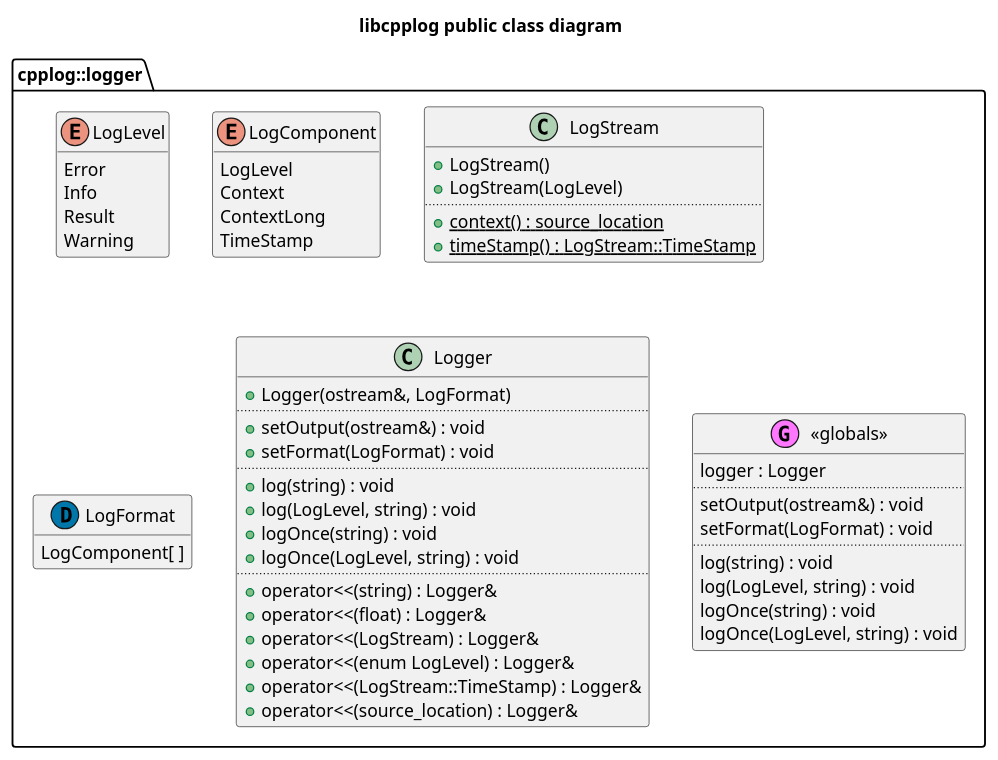
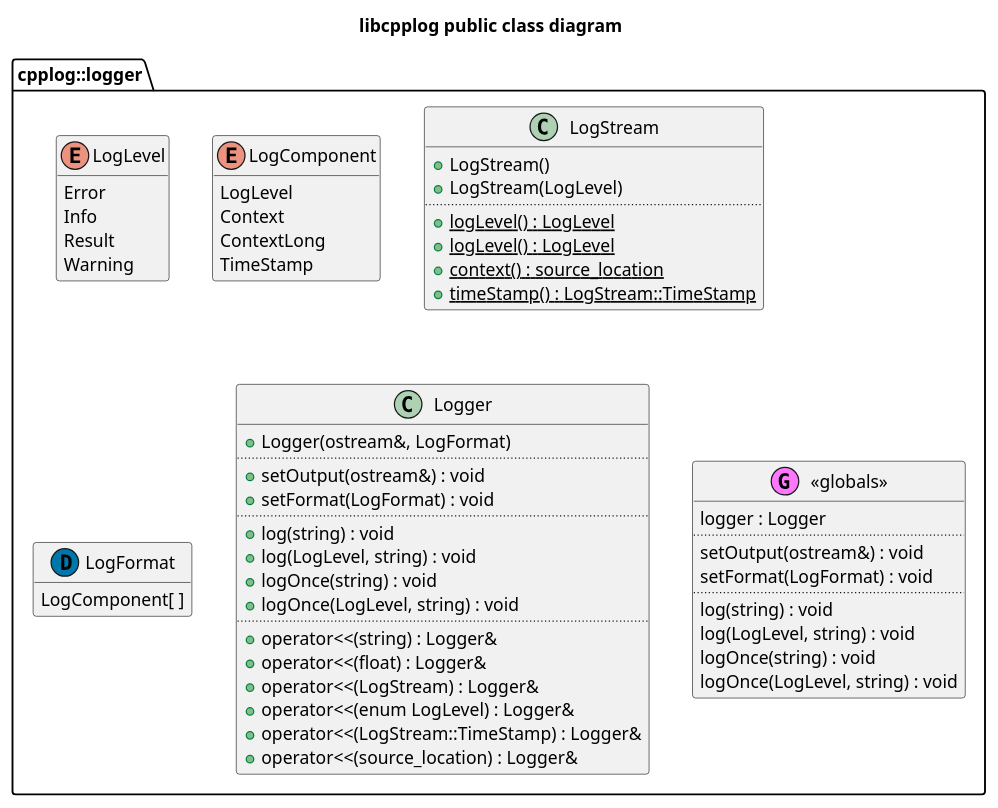
The diagram in libcpplog/doc/class.puml (kfpgk/libcpplog), drawn with PlantUML before and after one commit. The commit also changed 6 other files, not shown here.

Commit message:
LogStream: Add static logLevel() method to allow usage that is consistent to context() and timeStamp()

```diff
--- a/libcpplog/doc/class.puml
+++ b/libcpplog/doc/class.puml
@@ -1,68 +1,70 @@
 @startuml class-diagram
 
 title libcpplog public class diagram
 
 package cpplog::logger {
 
     enum LogLevel {
         Error
         Info
         Result
         Warning
     }
     hide LogLevel methods
 
     enum LogComponent {
         LogLevel
         Context
         ContextLong
         TimeStamp
     }
     hide LogComponent methods
 
     class LogStream {
         + LogStream()
         + LogStream(LogLevel)
         ..
+        + {static} logLevel() : LogLevel
+        + {static} logLevel() : LogLevel
         + {static} context() : source_location
         + {static} timeStamp() : LogStream::TimeStamp
     }
 
     class LogFormat << (D,#0077AA) >> {
         LogComponent[ ]
     }
     hide LogFormat methods
 
     class Logger {
         + Logger(ostream&, LogFormat)
         ..
         + setOutput(ostream&) : void
         + setFormat(LogFormat) : void
         ..
         + log(string) : void
         + log(LogLevel, string) : void
         + logOnce(string) : void
         + logOnce(LogLevel, string) : void
         ..
         + operator<<(string) : Logger&
         + operator<<(float) : Logger&
         + operator<<(LogStream) : Logger&
         + operator<<(enum LogLevel) : Logger&
         + operator<<(LogStream::TimeStamp) : Logger&
         + operator<<(source_location) : Logger&
     }
 
     class "<<globals>>" as globals << (G,#FF77FF) >> {
         logger : Logger
         ..
         setOutput(ostream&) : void
         setFormat(LogFormat) : void
         ..
         log(string) : void
         log(LogLevel, string) : void
         logOnce(string) : void
         logOnce(LogLevel, string) : void
     }
 }
 
 @enduml
```
